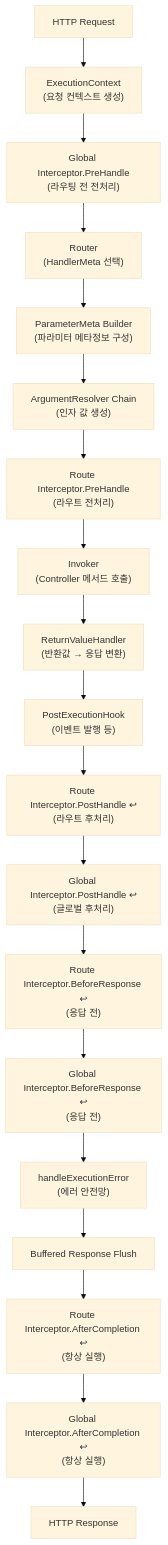
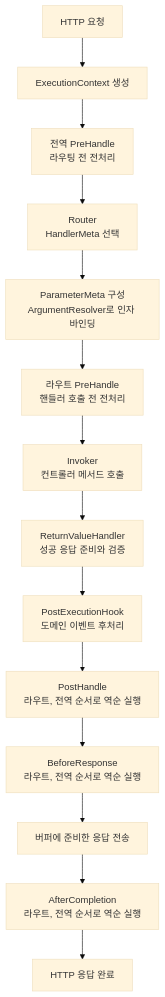
One commit to NARUBROWN/spine-site changed the diagram in docs/ko/learn/core-concepts/pipeline.md. Above: the diagram before and after it, drawn with Mermaid (base theme). The commit also changed other lines of this file and 158 other files, not shown here.

````diff
--- a/docs/ko/learn/core-concepts/pipeline.md
+++ b/docs/ko/learn/core-concepts/pipeline.md
@@ -14,42 +13,31 @@
 ```mermaid
 graph TD
-    Request["HTTP Request"]
-    
-    ExecutionContext["ExecutionContext<br>(요청 컨텍스트 생성)"]
-    GlobalPre["Global Interceptor.PreHandle<br>(라우팅 전 전처리)"]
-    Router["Router<br>(HandlerMeta 선택)"]
-    ParamMeta["ParameterMeta Builder<br>(파라미터 메타정보 구성)"]
-    ArgResolver["ArgumentResolver Chain<br>(인자 값 생성)"]
-    RoutePre["Route Interceptor.PreHandle<br>(라우트 전처리)"]
-    Invoker["Invoker<br>(Controller 메서드 호출)"]
-    ReturnHandler["ReturnValueHandler<br>(반환값 → 응답 변환)"]
-    PostHook["PostExecutionHook<br>(이벤트 발행 등)"]
-    RoutePost["Route Interceptor.PostHandle ↩<br>(라우트 후처리)"]
-    GlobalPost["Global Interceptor.PostHandle ↩<br>(글로벌 후처리)"]
-    RouteBefore["Route Interceptor.BeforeResponse ↩<br>(응답 전)"]
-    GlobalBefore["Global Interceptor.BeforeResponse ↩<br>(응답 전)"]
-    Flush["Buffered Response Flush"]
-    RouteAfter["Route Interceptor.AfterCompletion ↩<br>(항상 실행)"]
-    GlobalAfter["Global Interceptor.AfterCompletion ↩<br>(항상 실행)"]
-    ErrorHandler["handleExecutionError<br>(에러 안전망)"]
-    Response["HTTP Response"]
+    Request["HTTP 요청"]
+    Context["ExecutionContext 생성"]
+    GlobalPre["전역 PreHandle<br>라우팅 전 전처리"]
+    Router["Router<br>HandlerMeta 선택"]
+    Binding["ParameterMeta 구성<br>ArgumentResolver로 인자 바인딩"]
+    RoutePre["라우트 PreHandle<br>핸들러 호출 전 전처리"]
+    Handler["Invoker<br>컨트롤러 메서드 호출"]
+    Return["ReturnValueHandler<br>성공 응답 준비와 검증"]
+    Hook["PostExecutionHook<br>도메인 이벤트 후처리"]
+    Post["PostHandle<br>라우트, 전역 순서로 역순 실행"]
+    Before["BeforeResponse<br>라우트, 전역 순서로 역순 실행"]
+    Flush["버퍼에 준비한 응답 전송"]
+    After["AfterCompletion<br>라우트, 전역 순서로 역순 실행"]
+    Response["HTTP 응답 완료"]
 
-    Request --> ExecutionContext
-    ExecutionContext --> GlobalPre
+    Request --> Context
+    Context --> GlobalPre
     GlobalPre --> Router
-    Router --> ParamMeta
-    ParamMeta --> ArgResolver
-    ArgResolver --> RoutePre
-    RoutePre --> Invoker
-    Invoker --> ReturnHandler
-    ReturnHandler --> PostHook
-    PostHook --> RoutePost
-    RoutePost --> GlobalPost
-    GlobalPost --> RouteBefore
-    RouteBefore --> GlobalBefore
-    GlobalBefore --> ErrorHandler
-    ErrorHandler --> Flush
-    Flush --> RouteAfter
-    RouteAfter --> GlobalAfter
-    GlobalAfter --> Response
+    Router --> Binding
+    Binding --> RoutePre
+    RoutePre --> Handler
+    Handler --> Return
+    Return --> Hook
+    Hook --> Post
+    Post --> Before
+    Before --> Flush
+    Flush --> After
+    After --> Response
 ```
````
